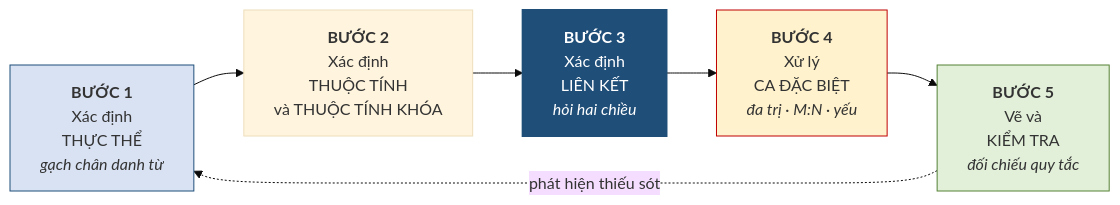
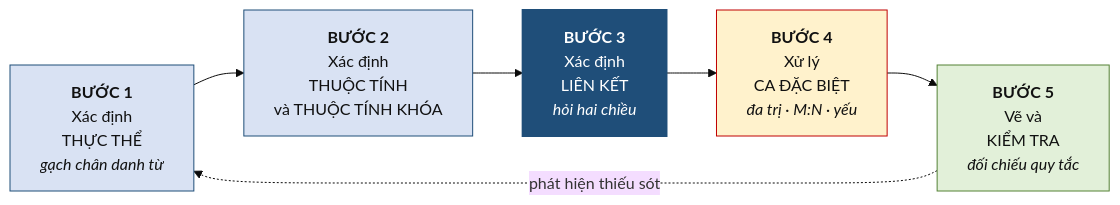
The first of 2 diagrams in docs/chuong-2/2-8-quy-trinh-xay-dung-luoc-do-er-va-cac-ky-phap.md (CuongNguyenDAU/csdl-dbs201), drawn with Mermaid (base theme) before and after one commit. The commit also changed other lines of this file and 123 other files, not shown here.

Commit message:
Cập nhật bài giảng v7: sơ đồ ER ký pháp Chen, hình minh họa tự vẽ, mở rộng toàn diện Chương 5 và bổ sung lời giải A4, B5

````diff
--- a/docs/chuong-2/2-8-quy-trinh-xay-dung-luoc-do-er-va-cac-ky-phap.md
+++ b/docs/chuong-2/2-8-quy-trinh-xay-dung-luoc-do-er-va-cac-ky-phap.md
@@ -9,14 +9,15 @@
 ```mermaid
 flowchart LR
     B1["<b>BƯỚC 1</b><br/>Xác định<br/>THỰC THỂ<br/><i>gạch chân danh từ</i>"]
     B2["<b>BƯỚC 2</b><br/>Xác định<br/>THUỘC TÍNH<br/>và THUỘC TÍNH KHÓA"]
     B3["<b>BƯỚC 3</b><br/>Xác định<br/>LIÊN KẾT<br/><i>hỏi hai chiều</i>"]
     B4["<b>BƯỚC 4</b><br/>Xử lý<br/>CA ĐẶC BIỆT<br/><i>đa trị · M:N · yếu</i>"]
     B5["<b>BƯỚC 5</b><br/>Vẽ và<br/>KIỂM TRA<br/><i>đối chiếu quy tắc</i>"]
     B1 --> B2 --> B3 --> B4 --> B5
     B5 -.->|"phát hiện thiếu sót"| B1
-    style B1 fill:#D9E2F3,stroke:#1F4E79
-    style B3 fill:#1F4E79,color:#fff,stroke:#1F4E79,stroke-width:2px
-    style B4 fill:#FFF2CC,stroke:#C00000
-    style B5 fill:#E2F0D9,stroke:#548235
+    style B1 fill:#D9E2F3,stroke:#1F4E79,color:#111111
+    style B2 fill:#D9E2F3,stroke:#1F4E79,color:#111111
+    style B3 fill:#1F4E79,color:#ffffff,stroke:#1F4E79,stroke-width:2px
+    style B4 fill:#FFF2CC,stroke:#C00000,color:#111111
+    style B5 fill:#E2F0D9,stroke:#548235,color:#111111
 ```
````
